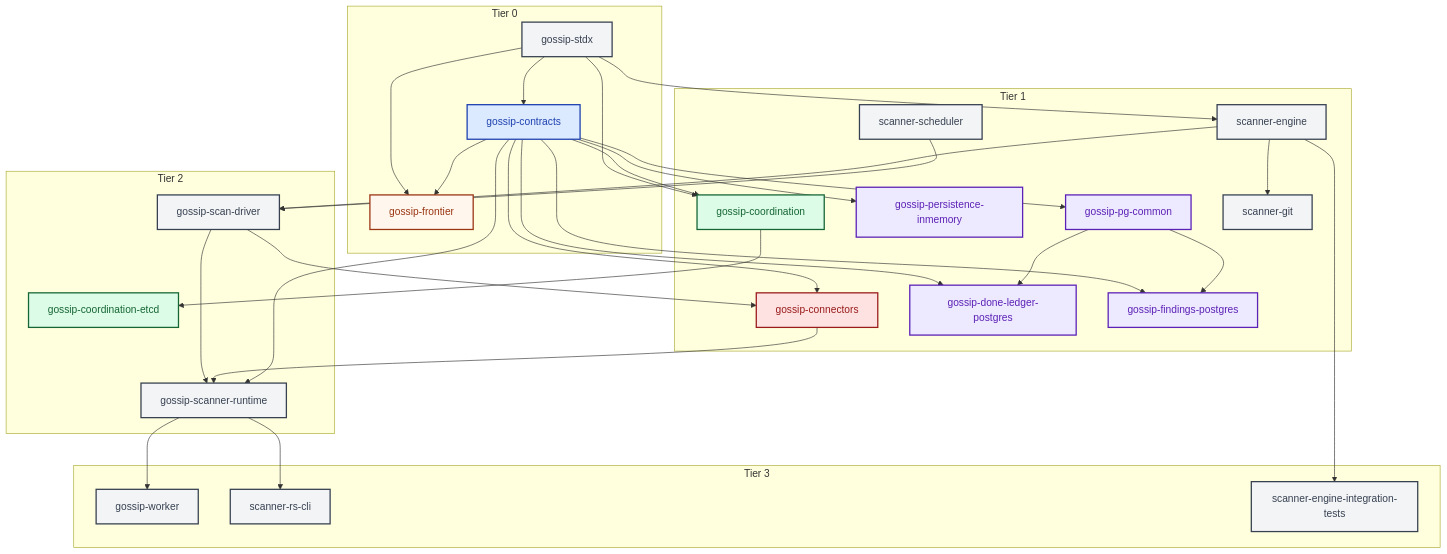
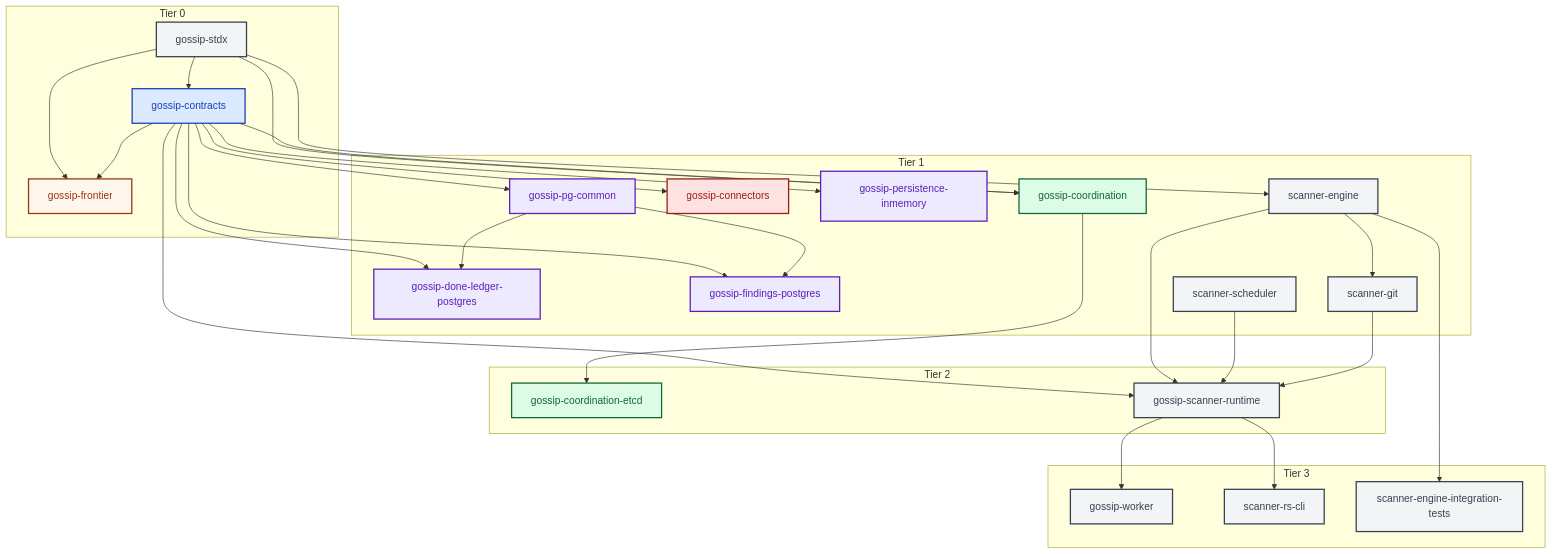
Before and after one commit to ahrav/Gossip-rs: the fourth of 4 diagrams in diagrams/01-system-overview.md, drawn with Mermaid. The commit also changed other lines of this file and 14 other files, not shown here.

First line of the commit message:
Refactor: Rename scan-driver to scanner-runtime

````diff
--- a/diagrams/01-system-overview.md
+++ b/diagrams/01-system-overview.md
@@ -283,77 +278,73 @@
 ```mermaid
 %% Diagram: build-dag
 graph TD
     subgraph "Tier 0"
         stdx["gossip-stdx"]
         contracts["gossip-contracts"]
         frontier["gossip-frontier"]
     end
 
     subgraph "Tier 1"
         coordination["gossip-coordination"]
         connectors["gossip-connectors"]
         persistence_inmem["gossip-persistence-inmemory"]
         pg_common["gossip-pg-common"]
         done_ledger_pg["gossip-done-ledger-postgres"]
         findings_pg["gossip-findings-postgres"]
         scanner_engine["scanner-engine"]
         scanner_scheduler["scanner-scheduler"]
         scanner_git["scanner-git"]
     end
 
     subgraph "Tier 2"
         coordination_etcd["gossip-coordination-etcd"]
-        scan_driver["gossip-scan-driver"]
         runtime["gossip-scanner-runtime"]
     end
 
     subgraph "Tier 3"
         worker["gossip-worker"]
         cli["scanner-rs-cli"]
         integration_tests["scanner-engine-integration-tests"]
     end
 
     stdx --> contracts
     stdx --> frontier
     stdx --> coordination
     stdx --> scanner_engine
     contracts --> frontier
     contracts --> coordination
     contracts --> connectors
     contracts --> persistence_inmem
     contracts --> pg_common
     contracts --> done_ledger_pg
     contracts --> findings_pg
     pg_common --> done_ledger_pg
     pg_common --> findings_pg
     coordination --> coordination_etcd
-    scanner_engine --> scan_driver
-    scanner_scheduler --> scan_driver
-    scan_driver --> connectors
     scanner_engine --> scanner_git
-    scan_driver --> runtime
-    connectors --> runtime
     contracts --> runtime
+    scanner_engine --> runtime
+    scanner_scheduler --> runtime
+    scanner_git --> runtime
     runtime --> worker
     runtime --> cli
     scanner_engine --> integration_tests
 
     style stdx fill:#F3F4F6,stroke:#374151,stroke-width:2px,color:#374151
     style contracts fill:#DBEAFE,stroke:#1E40AF,stroke-width:2px,color:#1E40AF
     style frontier fill:#FFF7ED,stroke:#9A3412,stroke-width:2px,color:#9A3412
     style coordination fill:#DCFCE7,stroke:#166534,stroke-width:2px,color:#166534
     style connectors fill:#FEE2E2,stroke:#991B1B,stroke-width:2px,color:#991B1B
-    style scan_driver fill:#F3F4F6,stroke:#374151,stroke-width:2px,color:#374151
     style scanner_engine fill:#F3F4F6,stroke:#374151,stroke-width:2px,color:#374151
     style scanner_scheduler fill:#F3F4F6,stroke:#374151,stroke-width:2px,color:#374151
     style scanner_git fill:#F3F4F6,stroke:#374151,stroke-width:2px,color:#374151
     style runtime fill:#F3F4F6,stroke:#374151,stroke-width:2px,color:#374151
     style worker fill:#F3F4F6,stroke:#374151,stroke-width:2px,color:#374151
     style cli fill:#F3F4F6,stroke:#374151,stroke-width:2px,color:#374151
     style coordination_etcd fill:#DCFCE7,stroke:#166534,stroke-width:2px,color:#166534
     style persistence_inmem fill:#EDE9FE,stroke:#5B21B6,stroke-width:2px,color:#5B21B6
     style pg_common fill:#EDE9FE,stroke:#5B21B6,stroke-width:2px,color:#5B21B6
     style done_ledger_pg fill:#EDE9FE,stroke:#5B21B6,stroke-width:2px,color:#5B21B6
     style findings_pg fill:#EDE9FE,stroke:#5B21B6,stroke-width:2px,color:#5B21B6
     style integration_tests fill:#F3F4F6,stroke:#374151,stroke-width:2px,color:#374151
 ```
````
